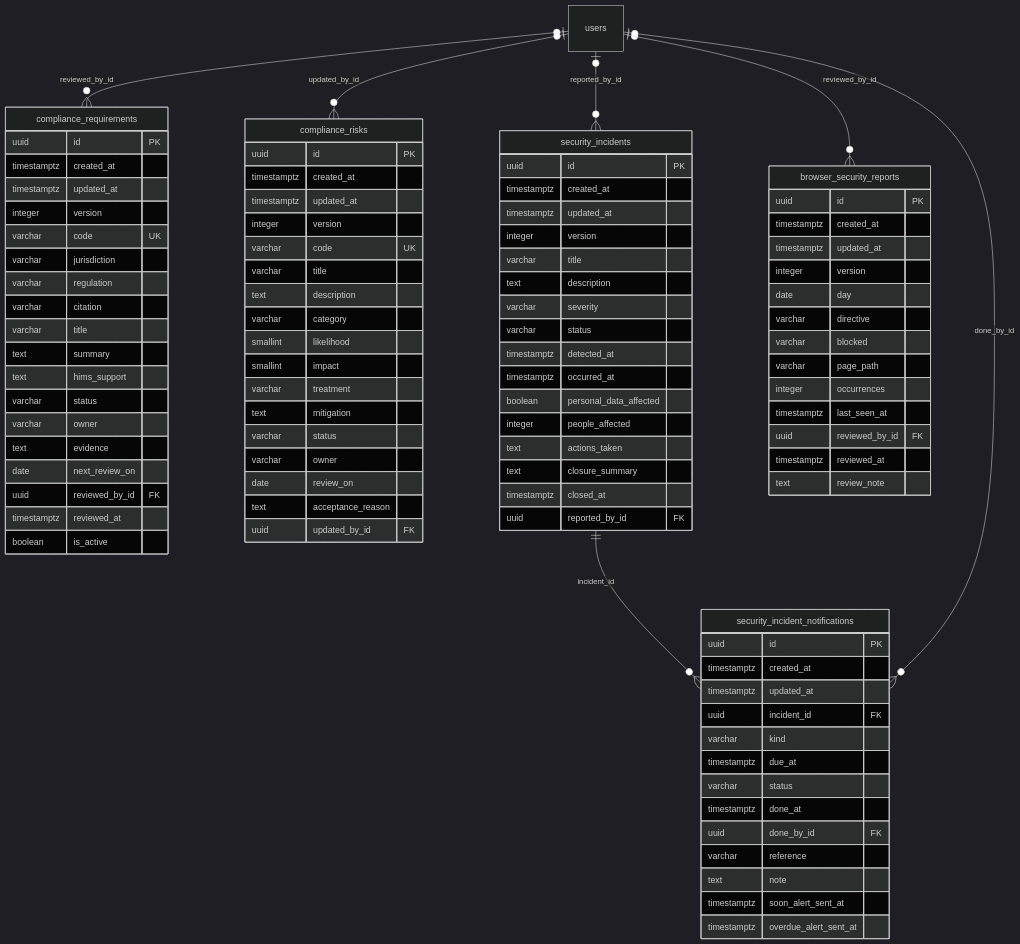
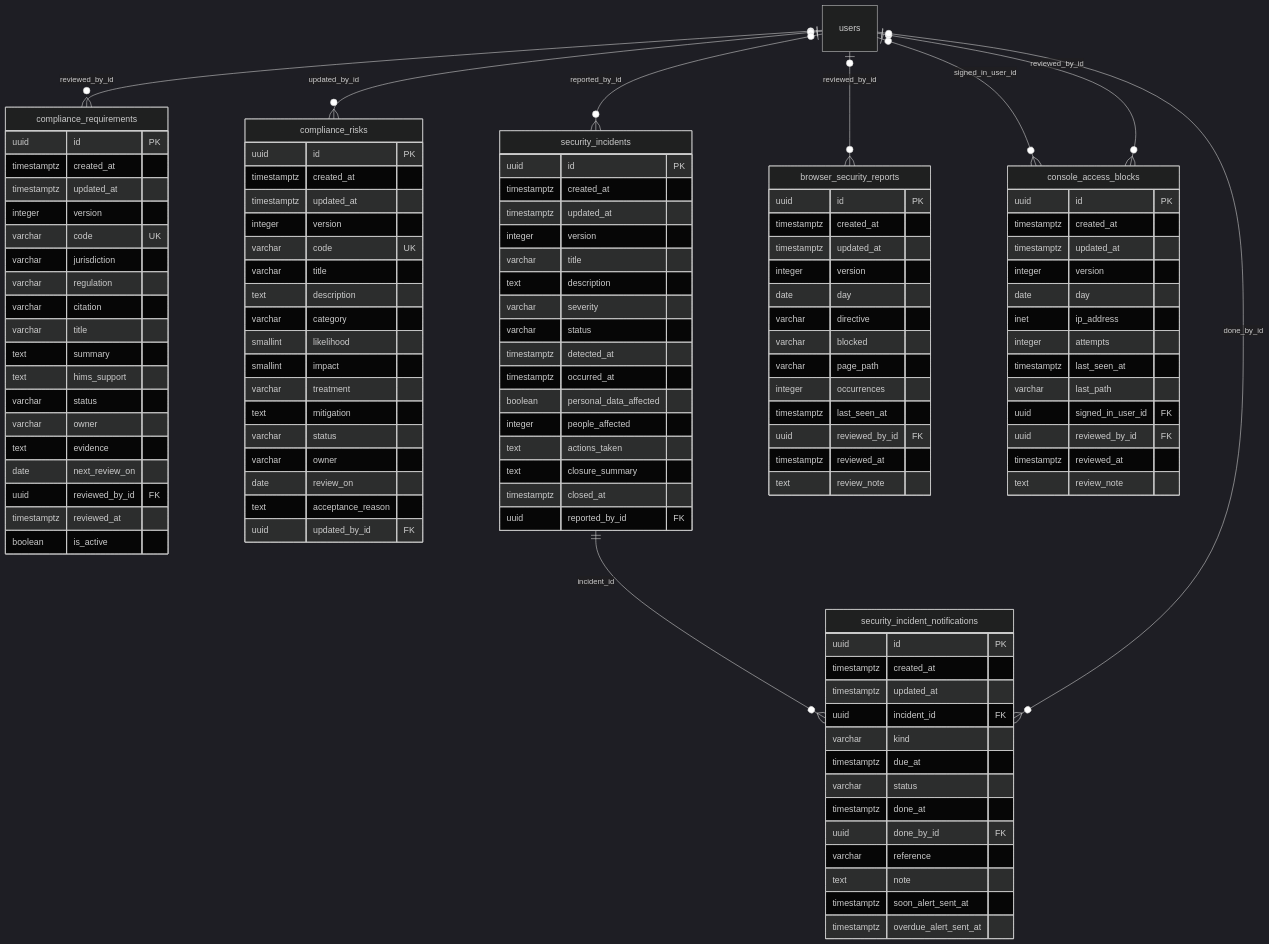
Diagram 12 of 16 in docs/architecture/data-architecture/erd.md (vijayant-pandey/HIMS_Advanced), drawn with Mermaid (dark theme) before and after one commit. The commit also changed other lines of this file and 61 other files, not shown here.

````diff
--- a/docs/architecture/data-architecture/erd.md
+++ b/docs/architecture/data-architecture/erd.md
@@ -1000,6 +1003,21 @@
         timestamptz reviewed_at
         text review_note
     }
+    console_access_blocks {
+        uuid id PK
+        timestamptz created_at
+        timestamptz updated_at
+        integer version
+        date day
+        inet ip_address
+        integer attempts
+        timestamptz last_seen_at
+        varchar last_path
+        uuid signed_in_user_id FK
+        uuid reviewed_by_id FK
+        timestamptz reviewed_at
+        text review_note
+    }
     security_incident_notifications {
         uuid id PK
         timestamptz created_at
@@ -1020,6 +1038,8 @@
     users |o--o{ compliance_risks : "updated_by_id"
     users |o--o{ security_incidents : "reported_by_id"
     users |o--o{ browser_security_reports : "reviewed_by_id"
+    users |o--o{ console_access_blocks : "signed_in_user_id"
+    users |o--o{ console_access_blocks : "reviewed_by_id"
     security_incidents ||--o{ security_incident_notifications : "incident_id"
     users |o--o{ security_incident_notifications : "done_by_id"
 ```
````
